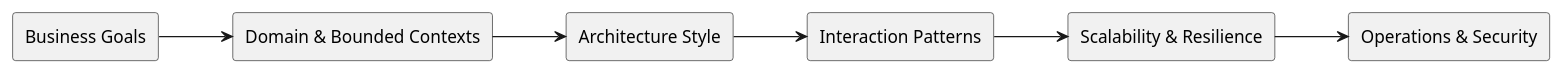
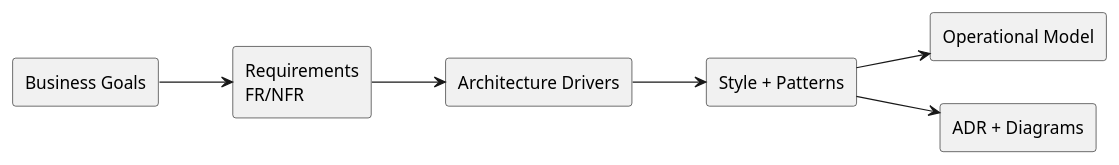
Before and after one commit to iwizy/analyst_kb: the diagram in docs/architecture/index.md, drawn with PlantUML. The commit also changed other lines of this file and 30 other files, not shown here.

````diff
--- a/docs/architecture/index.md
+++ b/docs/architecture/index.md
@@ -36,17 +66,16 @@
 ```kroki-plantuml
 @startuml
 left to right direction
 rectangle "Business Goals" as G
-rectangle "Domain & Bounded Contexts" as D
-rectangle "Architecture Style" as S
-rectangle "Interaction Patterns" as I
-rectangle "Scalability & Resilience" as R
-rectangle "Operations & Security" as O
-
-G --> D
+rectangle "Requirements\nFR/NFR" as R
+rectangle "Architecture Drivers" as D
+rectangle "Style + Patterns" as S
+rectangle "Operational Model" as O
+rectangle "ADR + Diagrams" as A
+G --> R
+R --> D
 D --> S
-S --> I
-I --> R
-R --> O
+S --> O
+S --> A
 @enduml
 ```
````
